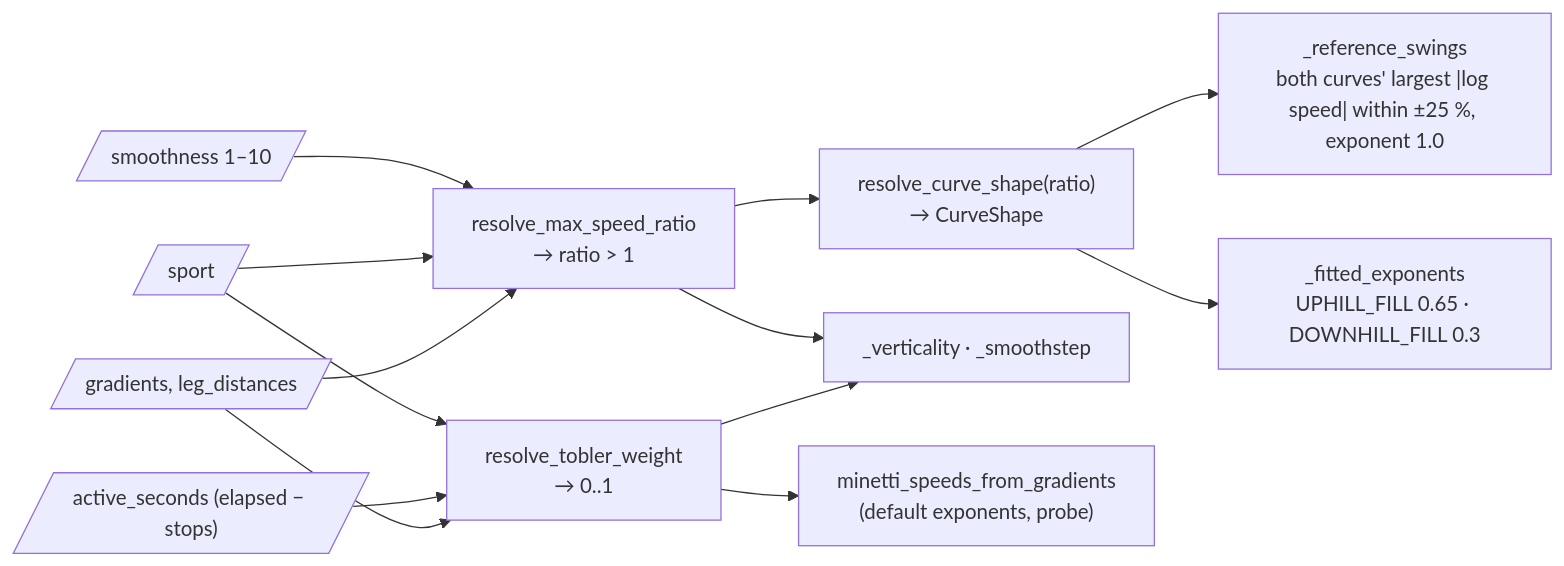
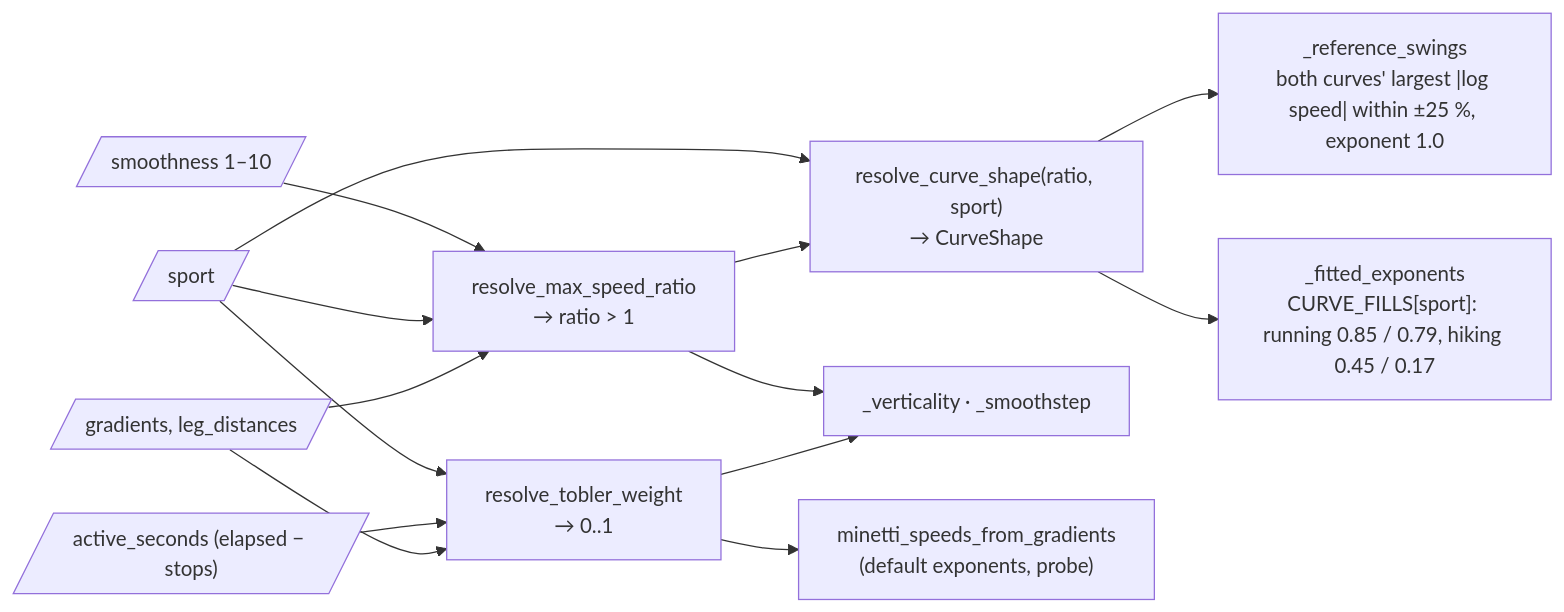
The seventh of 14 diagrams in docs/ARCHITECTURE.md (martin-iflap/GPX_to_FIT), drawn with Mermaid before and after one commit. The commit also changed other lines of this file and 16 other files, not shown here.

````diff
--- a/docs/ARCHITECTURE.md
+++ b/docs/ARCHITECTURE.md
@@ -361,25 +361,26 @@
 ```mermaid
 flowchart LR
   g[/"gradients, leg_distances"/]
   a[/"active_seconds (elapsed − stops)"/]
   s[/"sport"/]
   sm[/"smoothness 1–10"/]
 
   rtw["resolve_tobler_weight<br/>→ 0..1"]
   rmr["resolve_max_speed_ratio<br/>→ ratio > 1"]
-  rcs["resolve_curve_shape(ratio)<br/>→ CurveShape"]
+  rcs["resolve_curve_shape(ratio, sport)<br/>→ CurveShape"]
 
   g --> rtw
   a --> rtw
   s --> rtw
   g --> rmr
   s --> rmr
   sm --> rmr
   rmr --> rcs
+  s --> rcs
 
   rtw --> v["_verticality · _smoothstep"]
   rtw --> probe["minetti_speeds_from_gradients<br/>(default exponents, probe)"]
   rmr --> v
   rcs --> raw["_reference_swings<br/>both curves' largest |log speed| within ±25 %, exponent 1.0"]
-  rcs --> fe["_fitted_exponents<br/>UPHILL_FILL 0.65 · DOWNHILL_FILL 0.3"]
+  rcs --> fe["_fitted_exponents<br/>CURVE_FILLS[sport]: running 0.85 / 0.79, hiking 0.45 / 0.17"]
 ```
````
